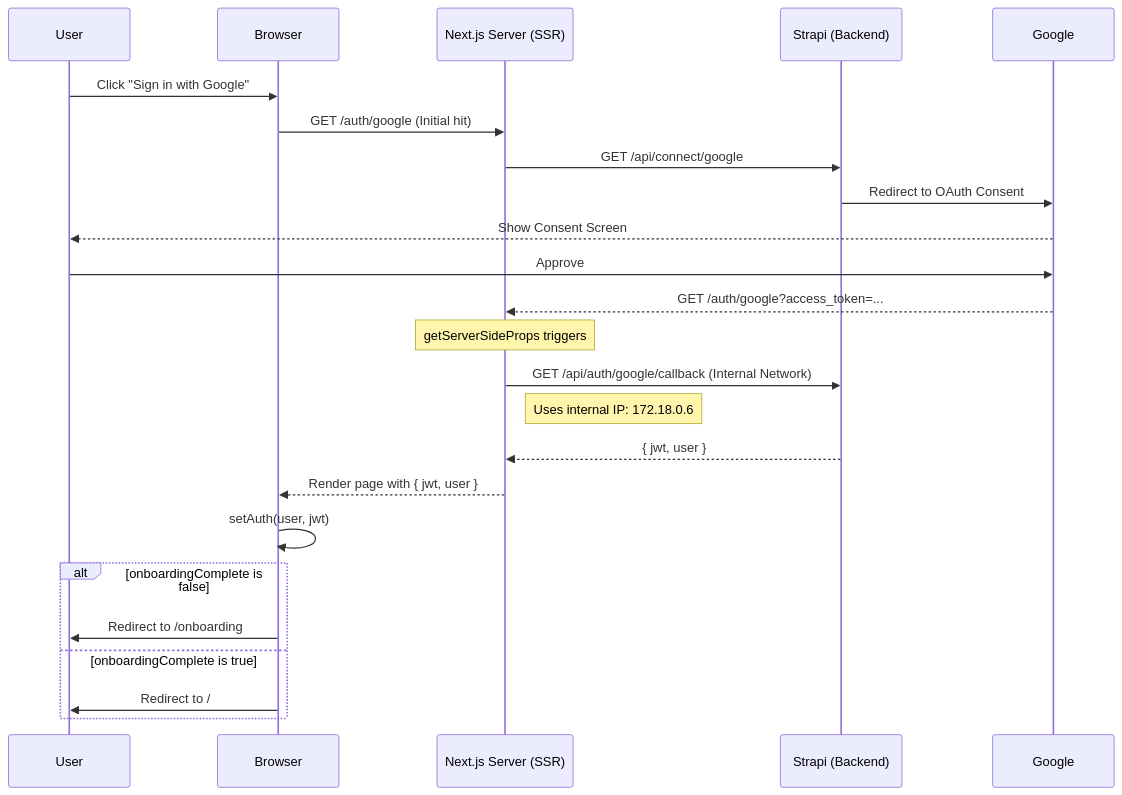
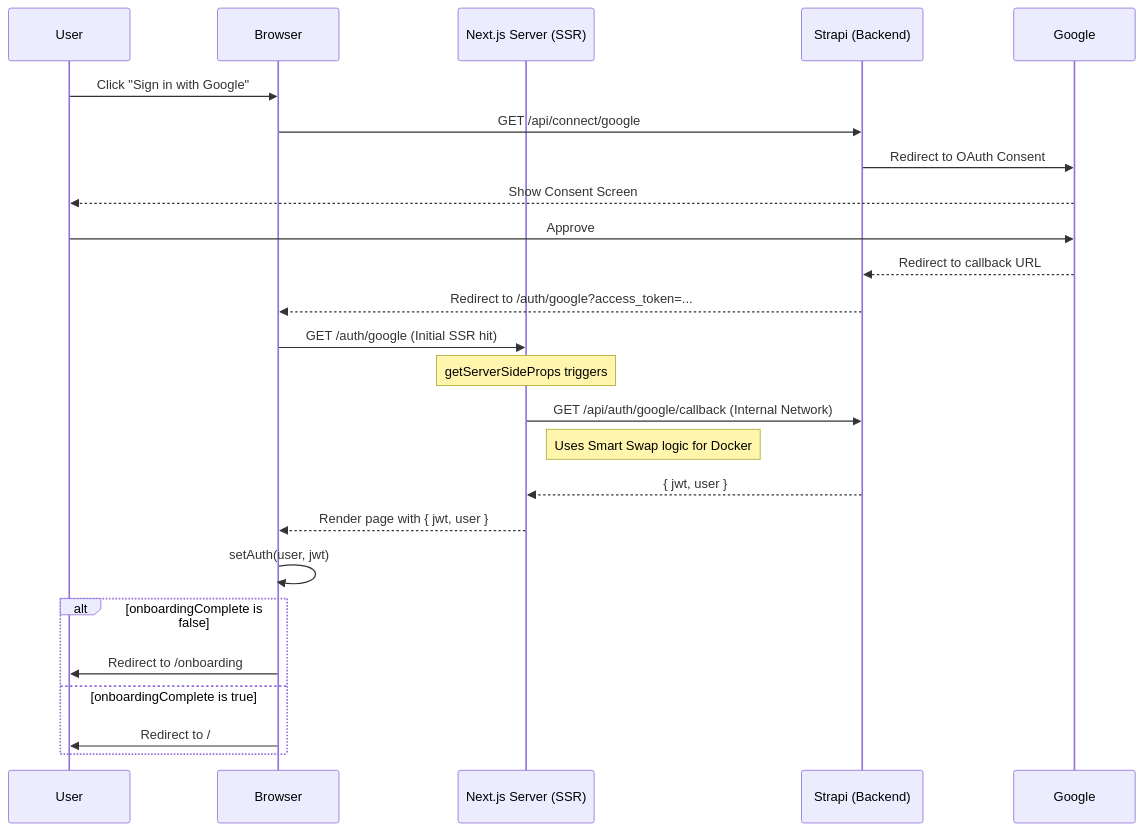
One commit to akvo/science-for-africa changed the diagram in docs/GOOGLE_OAUTH.md. Above: the diagram before and after it, drawn with Mermaid. The commit also changed other lines of this file and 5 other files, not shown here.

Commit message:
[#15] docs: align Google OAuth docs, standardize env templates, and implement smart handshake swap

````diff
--- a/docs/GOOGLE_OAUTH.md
+++ b/docs/GOOGLE_OAUTH.md
@@ -38,27 +38,28 @@
 ```mermaid
 sequenceDiagram
     participant User
     participant Browser
     participant NextServer as Next.js Server (SSR)
     participant Strapi as Strapi (Backend)
     participant Google
 
     User->>Browser: Click "Sign in with Google"
-    Browser->>NextServer: GET /auth/google (Initial hit)
-    NextServer->>Strapi: GET /api/connect/google
+    Browser->>Strapi: GET /api/connect/google
     Strapi->>Google: Redirect to OAuth Consent
     Google-->>User: Show Consent Screen
     User->>Google: Approve
-    Google-->>NextServer: GET /auth/google?access_token=...
+    Google-->>Strapi: Redirect to callback URL
+    Strapi-->>Browser: Redirect to /auth/google?access_token=...
+    Browser->>NextServer: GET /auth/google (Initial SSR hit)
     Note over NextServer: getServerSideProps triggers
     NextServer->>Strapi: GET /api/auth/google/callback (Internal Network)
-    Note right of NextServer: Uses internal IP: 172.18.0.6
+    Note right of NextServer: Uses Smart Swap logic for Docker
     Strapi-->>NextServer: { jwt, user }
     NextServer-->>Browser: Render page with { jwt, user }
     Browser->>Browser: setAuth(user, jwt)
     alt onboardingComplete is false
         Browser->>User: Redirect to /onboarding
     else onboardingComplete is true
         Browser->>User: Redirect to /
     end
 ```
````
